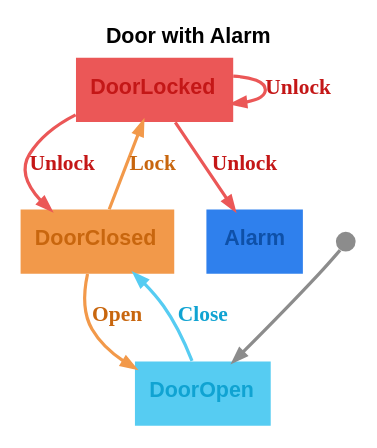
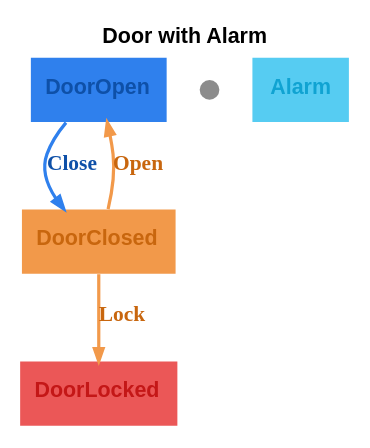
Before and after one commit to m-bock/purescript-transit: the diagram in graphs/door-with-alarm.dot, drawn with Graphviz. The commit also changed 19 other files, not shown here.

```diff
--- a/graphs/door-with-alarm.dot
+++ b/graphs/door-with-alarm.dot
@@ -1,16 +1,12 @@
 digraph 
 {
 rankdir = "TD";fontname = "Arial";label = <<b>Door with Alarm</b>>;labelloc = "t";fontsize = 12
-Alarm [shape = "box", label = <<b>Alarm</b>>, fontsize = 12, style = "filled", fillcolor = "#2f80ed", fontcolor = "#0e50a8", fontname = "Arial", labelloc = "c", penwidth = 0.0]
-DoorOpen [shape = "box", label = <<b>DoorOpen</b>>, fontsize = 12, style = "filled", fillcolor = "#56ccf2", fontcolor = "#10a3d2", fontname = "Arial", labelloc = "c", penwidth = 0.0]
+DoorOpen [shape = "box", label = <<b>DoorOpen</b>>, fontsize = 12, style = "filled", fillcolor = "#2f80ed", fontcolor = "#0e50a8", fontname = "Arial", labelloc = "c", penwidth = 0.0]
 __Start__ [shape = "circle", label = "", width = 0.15, height = 0.15, fixedsize = true, style = "filled", fillcolor = "#8c8c8c", penwidth = 0.0]
-__Start__ -> DoorOpen [color = "#8c8c8c", fontsize = 12, arrowsize = "0.7", penwidth = 1.8]
-DoorOpen -> DoorClosed [color = "#56ccf2", fontcolor = "#10a3d2", fontsize = 12, arrowsize = "0.7", label = <<b>Close</b>>, penwidth = 1.8]
+DoorOpen -> DoorClosed [color = "#2f80ed", fontcolor = "#0e50a8", fontsize = 12, arrowsize = "0.7", label = <<b>Close</b>>, penwidth = 1.8]
 DoorClosed [shape = "box", label = <<b>DoorClosed</b>>, fontsize = 12, style = "filled", fillcolor = "#f2994a", fontcolor = "#c8660e", fontname = "Arial", labelloc = "c", penwidth = 0.0]
+DoorClosed -> DoorOpen [color = "#f2994a", fontcolor = "#c8660e", fontsize = 12, arrowsize = "0.7", label = <<b>Open</b>>, penwidth = 1.8]
 DoorClosed -> DoorLocked [color = "#f2994a", fontcolor = "#c8660e", fontsize = 12, arrowsize = "0.7", label = <<b>Lock</b>>, penwidth = 1.8]
-DoorClosed -> DoorOpen [color = "#f2994a", fontcolor = "#c8660e", fontsize = 12, arrowsize = "0.7", label = <<b>Open</b>>, penwidth = 1.8]
 DoorLocked [shape = "box", label = <<b>DoorLocked</b>>, fontsize = 12, style = "filled", fillcolor = "#eb5757", fontcolor = "#c41717", fontname = "Arial", labelloc = "c", penwidth = 0.0]
-DoorLocked -> DoorClosed [color = "#eb5757", fontcolor = "#c41717", fontsize = 12, arrowsize = "0.7", label = <<b>Unlock</b>>, penwidth = 1.8]
-DoorLocked -> DoorLocked [color = "#eb5757", fontcolor = "#c41717", fontsize = 12, arrowsize = "0.7", label = <<b>Unlock</b>>, penwidth = 1.8]
-DoorLocked -> Alarm [color = "#eb5757", fontcolor = "#c41717", fontsize = 12, arrowsize = "0.7", label = <<b>Unlock</b>>, penwidth = 1.8]
+Alarm [shape = "box", label = <<b>Alarm</b>>, fontsize = 12, style = "filled", fillcolor = "#56ccf2", fontcolor = "#10a3d2", fontname = "Arial", labelloc = "c", penwidth = 0.0]
 }
```
